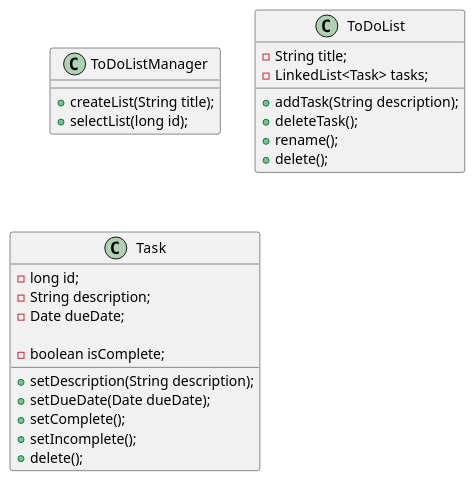
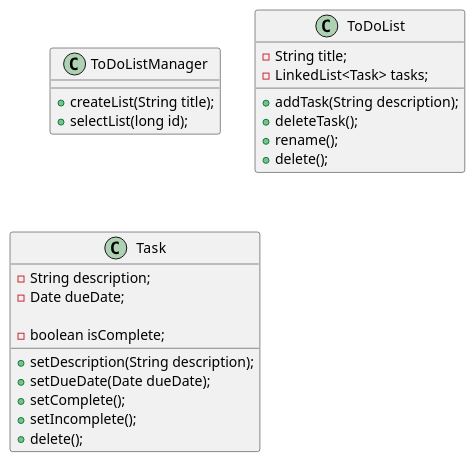
One commit to RyanTheGuyInSpace/hodge-app1-impl changed the diagram in docs/ToDoList.puml. Above: the diagram before and after it, drawn with PlantUML. The commit also changed 7 other files, not shown here.

```diff
--- a/docs/ToDoList.puml
+++ b/docs/ToDoList.puml
@@ -1,33 +1,32 @@
 @startuml
 
 class ToDoListManager {
     +createList(String title);
     +selectList(long id);
 }
 
 class ToDoList {
     -String title;
     -LinkedList<Task> tasks;
 
     +addTask(String description);
     +deleteTask();
     +rename();
     +delete();
 }
 
 class Task {
-    -long id;
     -String description;
     -Date dueDate;
     'Format due date as YYYY-MM-DD'
 
     -boolean isComplete;
 
     +setDescription(String description);
     +setDueDate(Date dueDate);
     +setComplete();
     +setIncomplete();
     +delete();
 }
 
 @enduml
```
